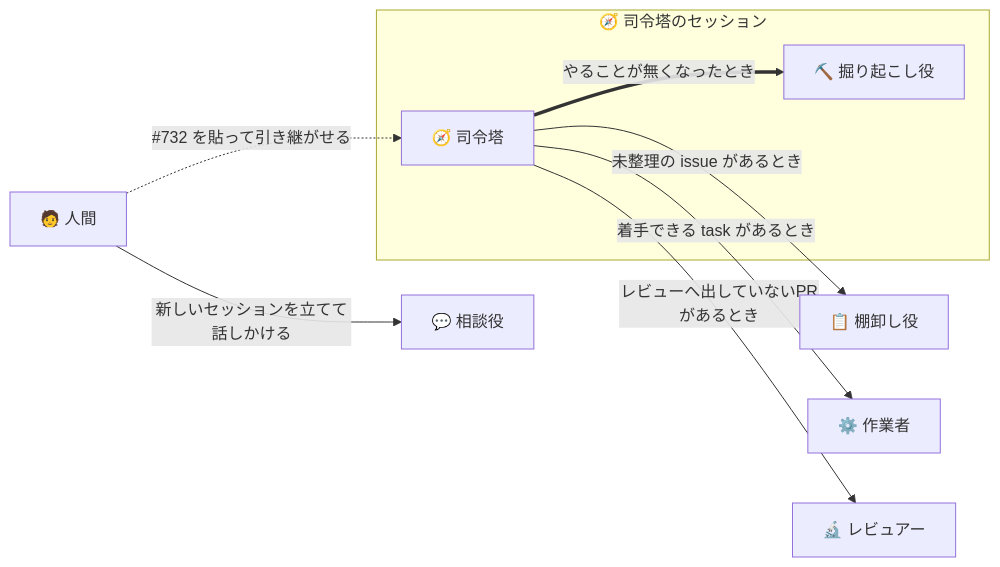
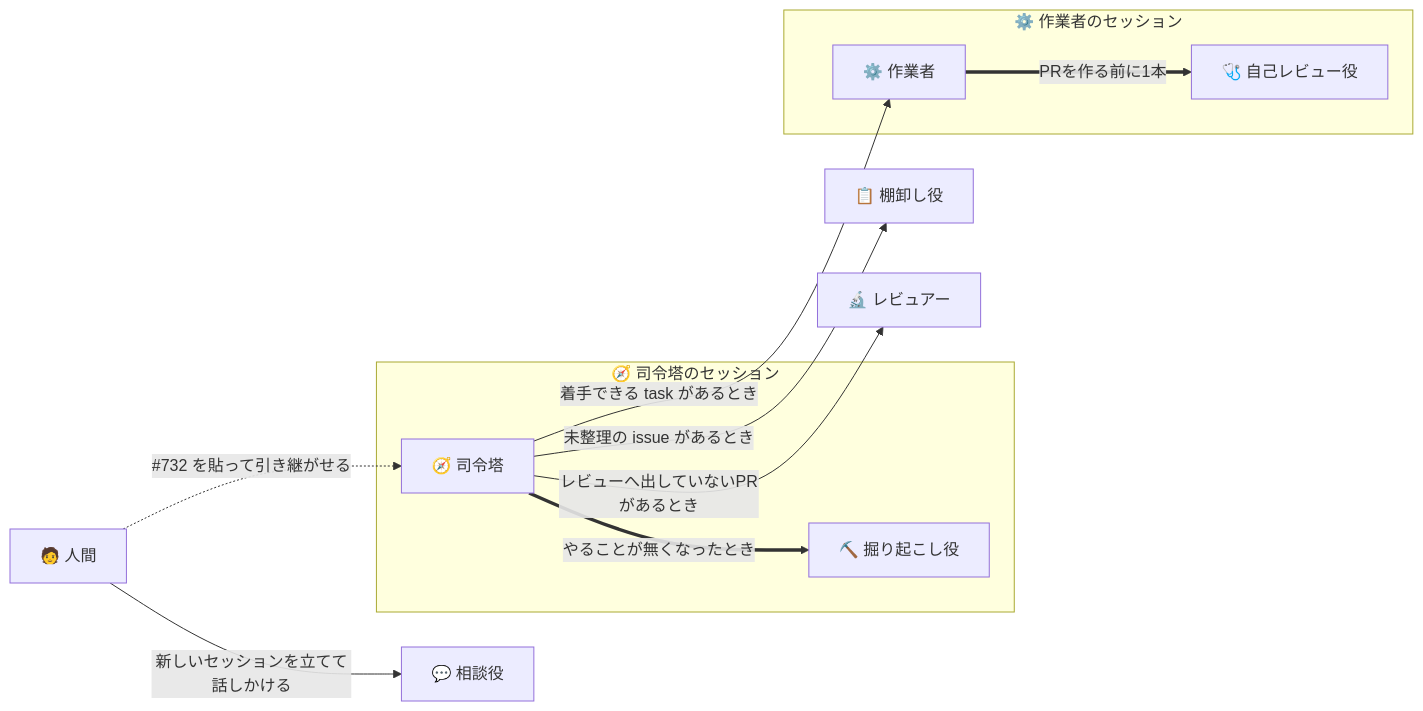
One commit to gooyyu1/UnmappedIsland changed the first of 5 diagrams in docs/ParallelAgents.md. Above: the diagram before and after it, drawn with Mermaid. The commit also changed other lines of this file and 4 other files, not shown here.

````diff
--- a/docs/ParallelAgents.md
+++ b/docs/ParallelAgents.md
@@ -28,20 +28,25 @@
 ```mermaid
 flowchart LR
     Human["🧑 人間"]
     Adviser["💬 相談役"]
     Triage["📋 棚卸し役"]
-    Worker["⚙️ 作業者"]
     Reviewer["🔬 レビュアー"]
 
     subgraph CmdSession["🧭 司令塔のセッション"]
         Cmd["🧭 司令塔"]
         Digger["⛏️ 掘り起こし役"]
+    end
+
+    subgraph WorkerSession["⚙️ 作業者のセッション"]
+        Worker["⚙️ 作業者"]
+        SelfReview["🩺 自己レビュー役"]
     end
 
     Human -->|"新しいセッションを立てて話しかける"| Adviser
     Human -.->|"#732 を貼って引き継がせる"| Cmd
     Cmd ==>|"やることが無くなったとき"| Digger
     Cmd -->|"未整理の issue があるとき"| Triage
     Cmd -->|"着手できる task があるとき"| Worker
     Cmd -->|"レビューへ出していないPRがあるとき"| Reviewer
+    Worker ==>|"PRを作る前に1本"| SelfReview
 ```
````
